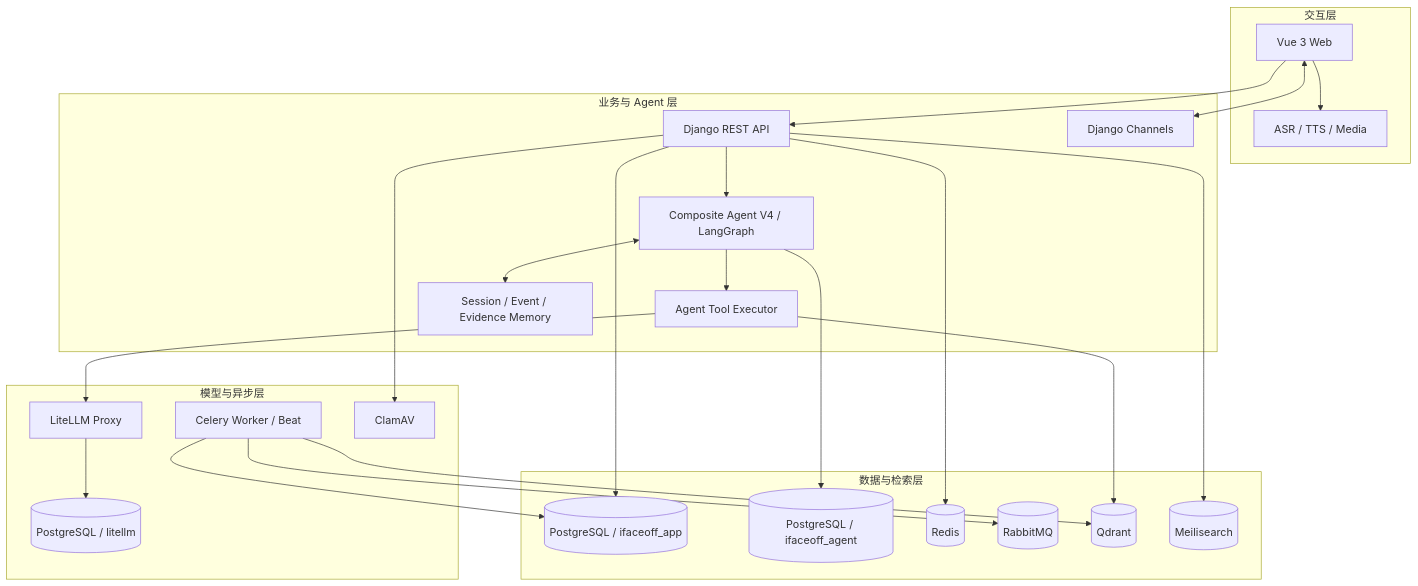
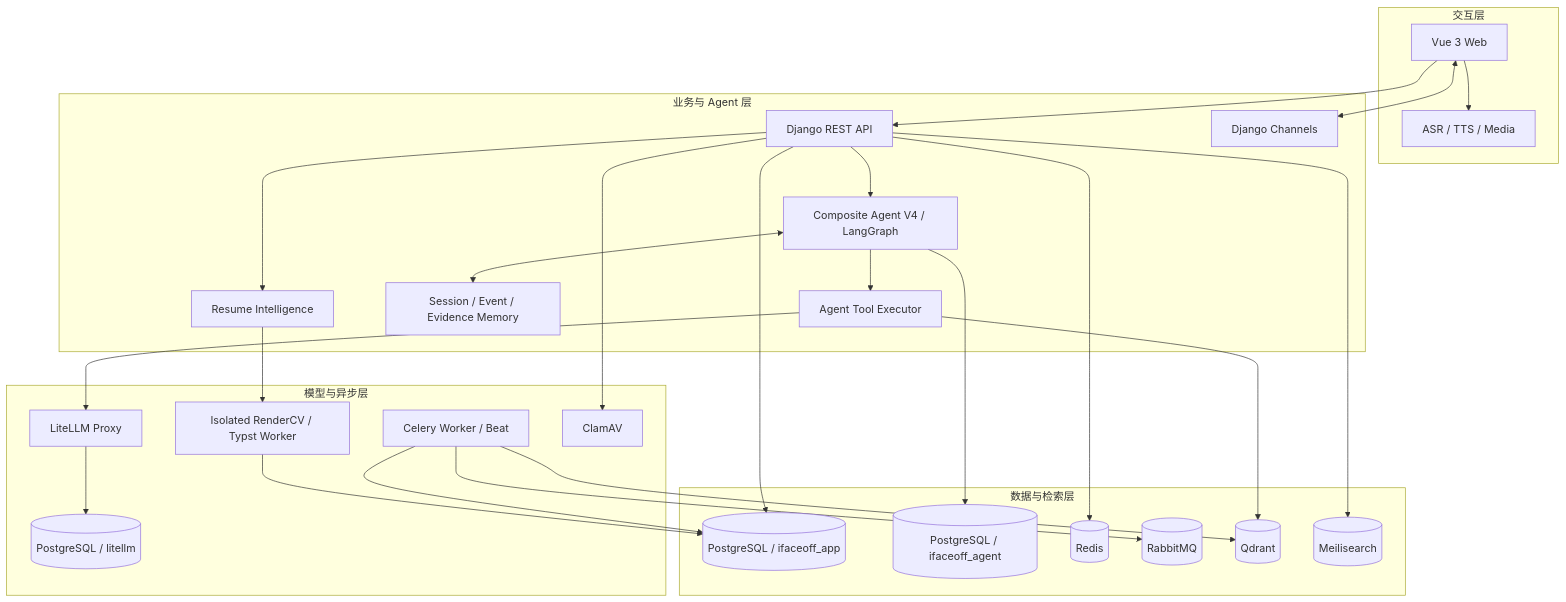
One commit to 6Asmile/AI_interview changed the third of 4 diagrams in README.md. Above: the diagram before and after it, drawn with Mermaid. The commit also changed other lines of this file and 45 other files, not shown here.

````diff
--- a/README.md
+++ b/README.md
@@ -70,49 +122,54 @@
 ```mermaid
 flowchart TB
     subgraph UX["交互层"]
         WEB["Vue 3 Web"]
         SPEECH["ASR / TTS / Media"]
     end
 
     subgraph APP["业务与 Agent 层"]
         API["Django REST API"]
         WS["Django Channels"]
         AGENT["Composite Agent V4 / LangGraph"]
         TOOLS["Agent Tool Executor"]
         MEMORY["Session / Event / Evidence Memory"]
+        RESUME["Resume Intelligence"]
     end
 
     subgraph DATA["数据与检索层"]
         PGAPP[(PostgreSQL / ifaceoff_app)]
         PGAGENT[(PostgreSQL / ifaceoff_agent)]
         REDIS[(Redis)]
         MQ[(RabbitMQ)]
         QDRANT[(Qdrant)]
         SEARCH[(Meilisearch)]
     end
 
     subgraph AI["模型与异步层"]
         WORKER["Celery Worker / Beat"]
+        RENDER["Isolated RenderCV / Typst Worker"]
         GATEWAY["LiteLLM Proxy"]
         PGLITELLM[(PostgreSQL / litellm)]
         SCAN["ClamAV"]
     end
 
     WEB --> API
     WEB <--> WS
     WEB --> SPEECH
     API --> AGENT
+    API --> RESUME
     AGENT --> TOOLS
     AGENT <--> MEMORY
     TOOLS --> GATEWAY
     TOOLS --> QDRANT
     API --> PGAPP
     AGENT --> PGAGENT
     API --> REDIS
     API --> SEARCH
     API --> SCAN
     WORKER --> MQ
     WORKER --> PGAPP
     WORKER --> QDRANT
+    RESUME --> RENDER
+    RENDER --> PGAPP
     GATEWAY --> PGLITELLM
 ```
````
